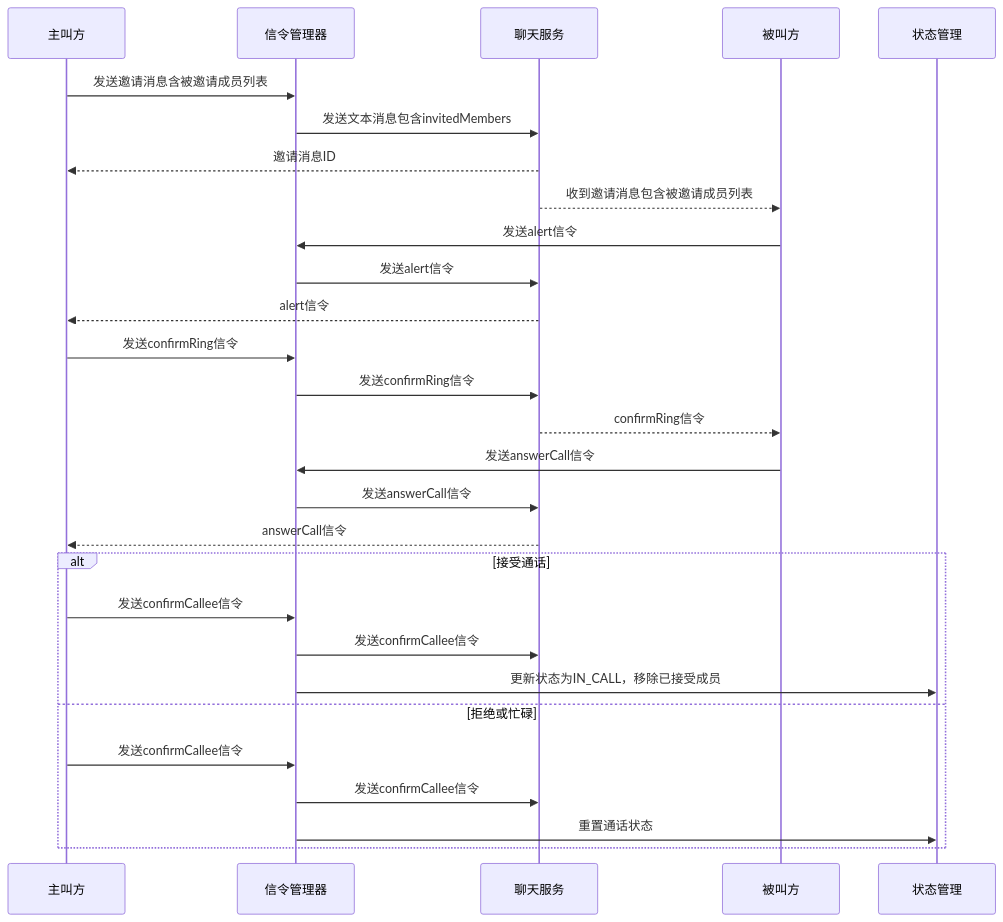
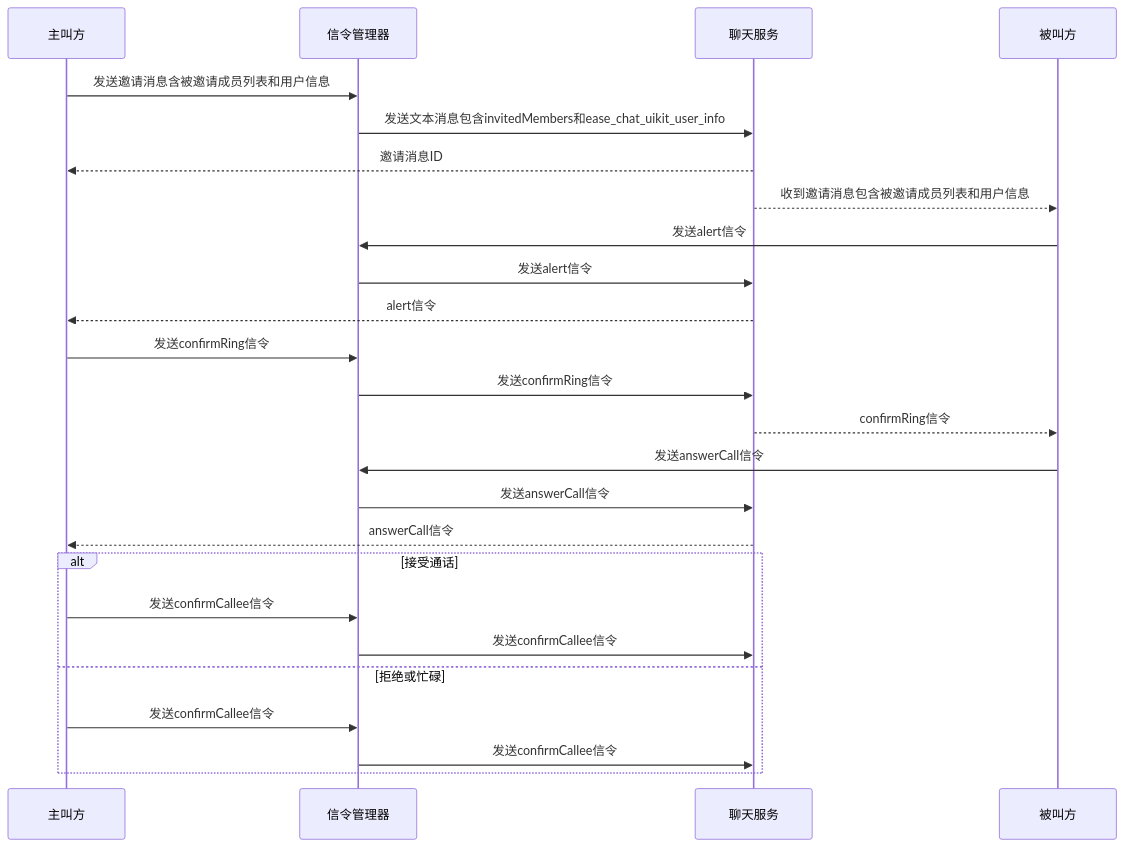
The second of 6 diagrams in .qoder/repowiki/zh/content/高级功能/信令实现机制/信令管理 API.md (Easemob-Community/easemob-uikit-callkit-vue3), drawn with Mermaid before and after one commit. The commit also changed other lines of this file and 6 other files, not shown here.

````diff
--- a/.qoder/repowiki/zh/content/高级功能/信令实现机制/信令管理 API.md
+++ b/.qoder/repowiki/zh/content/高级功能/信令实现机制/信令管理 API.md
@@ -142,30 +130,27 @@
 ```mermaid
 sequenceDiagram
 participant Caller as 主叫方
 participant SM as 信令管理器
-participant Chat as 聊天服务
+participant CS as 聊天服务
 participant Callee as 被叫方
-participant State as 状态管理
-Caller->>SM : 发送邀请消息含被邀请成员列表
-SM->>Chat : 发送文本消息包含invitedMembers
-Chat-->>Caller : 邀请消息ID
-Chat-->>Callee : 收到邀请消息包含被邀请成员列表
+Caller->>SM : 发送邀请消息含被邀请成员列表和用户信息
+SM->>CS : 发送文本消息包含invitedMembers和ease_chat_uikit_user_info
+CS-->>Caller : 邀请消息ID
+CS-->>Callee : 收到邀请消息包含被邀请成员列表和用户信息
 Callee->>SM : 发送alert信令
-SM->>Chat : 发送alert信令
-Chat-->>Caller : alert信令
+SM->>CS : 发送alert信令
+CS-->>Caller : alert信令
 Caller->>SM : 发送confirmRing信令
-SM->>Chat : 发送confirmRing信令
-Chat-->>Callee : confirmRing信令
+SM->>CS : 发送confirmRing信令
+CS-->>Callee : confirmRing信令
 Callee->>SM : 发送answerCall信令
-SM->>Chat : 发送answerCall信令
-Chat-->>Caller : answerCall信令
+SM->>CS : 发送answerCall信令
+CS-->>Caller : answerCall信令
 alt 接受通话
 Caller->>SM : 发送confirmCallee信令
-SM->>Chat : 发送confirmCallee信令
-SM->>State : 更新状态为IN_CALL，移除已接受成员
+SM->>CS : 发送confirmCallee信令
 else 拒绝或忙碌
 Caller->>SM : 发送confirmCallee信令
-SM->>Chat : 发送confirmCallee信令
-SM->>State : 重置通话状态
+SM->>CS : 发送confirmCallee信令
 end
 ```
````
